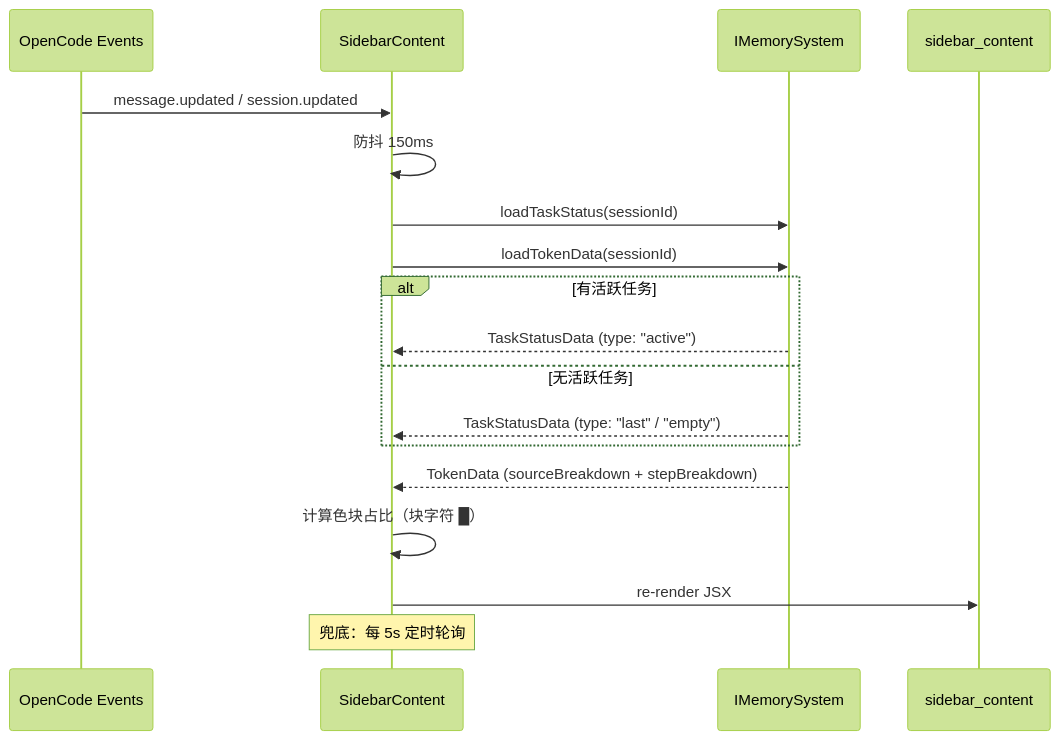
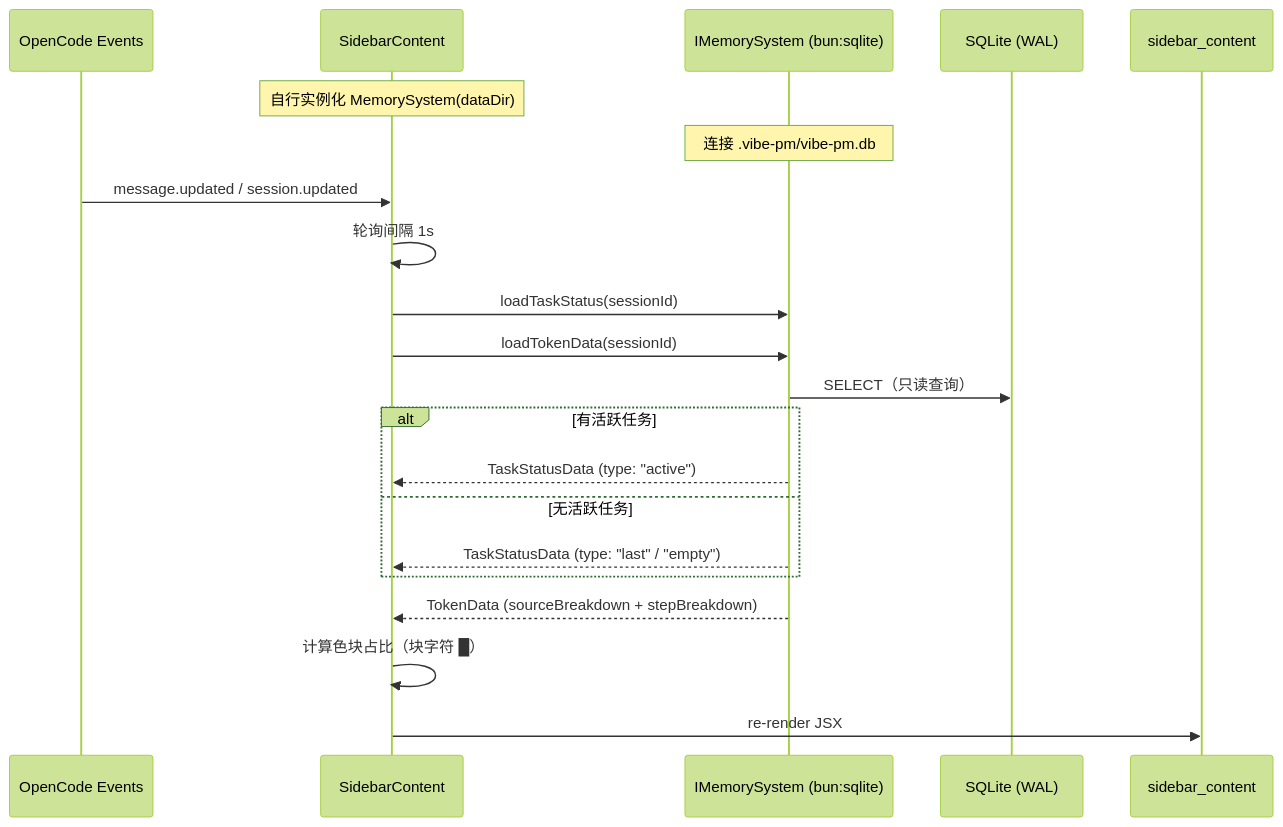
The second of 2 diagrams in docs/spec/vibe-pm-tui-extension.md (hank-cp/opencode-vibe-pm), drawn with Mermaid (forest theme) before and after one commit. The commit also changed other lines of this file and 1 other file, not shown here.

First line of the commit message:
docs(spec): update TUI and MemorySystem specs for bun:sqlite direct access

````diff
--- a/docs/spec/vibe-pm-tui-extension.md
+++ b/docs/spec/vibe-pm-tui-extension.md
@@ -138,22 +139,25 @@
 ```mermaid
 sequenceDiagram
     participant OC as OpenCode Events
     participant SC as SidebarContent
-    participant MS as IMemorySystem
+    participant MS as IMemorySystem (bun:sqlite)
+    participant DB as SQLite (WAL)
     participant Slot as sidebar_content
 
+    Note over SC: 自行实例化 MemorySystem(dataDir)
+    Note over MS: 连接 .vibe-pm/vibe-pm.db
+
     OC->>SC: message.updated / session.updated
-    SC->>SC: 防抖 150ms
+    SC->>SC: 轮询间隔 1s
     SC->>MS: loadTaskStatus(sessionId)
     SC->>MS: loadTokenData(sessionId)
+    MS->>DB: SELECT（只读查询）
     alt 有活跃任务
         MS-->>SC: TaskStatusData (type: "active")
     else 无活跃任务
         MS-->>SC: TaskStatusData (type: "last" / "empty")
     end
     MS-->>SC: TokenData (sourceBreakdown + stepBreakdown)
     SC->>SC: 计算色块占比（块字符 █）
     SC->>Slot: re-render JSX
-
-    Note over SC: 兜底：每 5s 定时轮询
 ```
````
